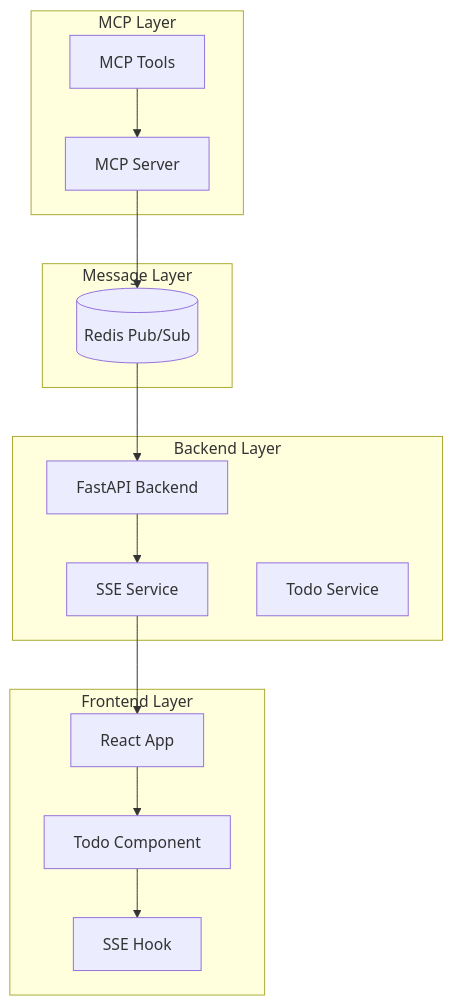
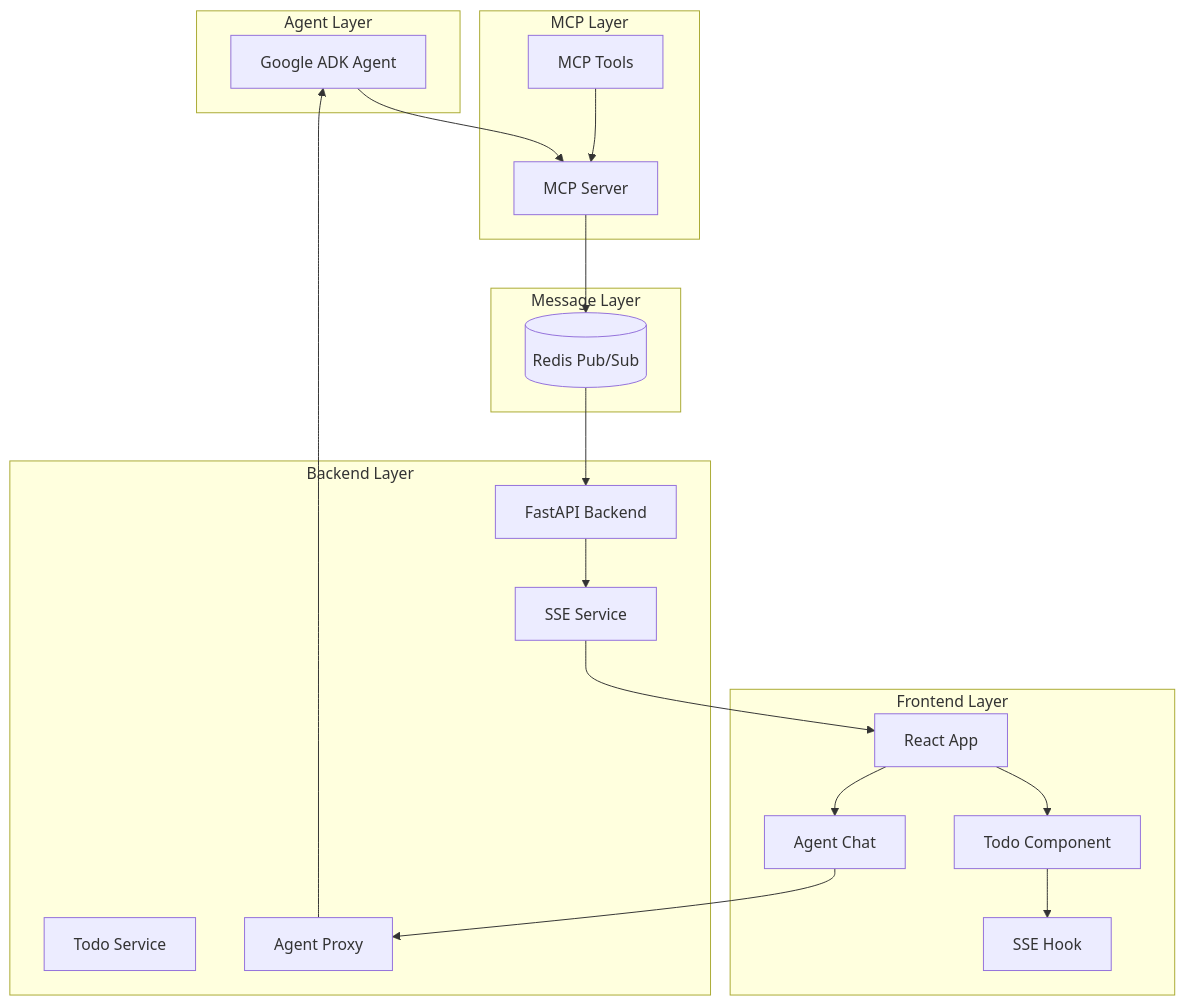
The diagram in ARCHITECTURE.md (dptech-corp/ui-component-mcp-server-demo), drawn with Mermaid before and after one commit. The commit also changed other lines of this file and 2 other files, not shown here.

````diff
--- a/ARCHITECTURE.md
+++ b/ARCHITECTURE.md
@@ -9,31 +9,41 @@
 ```mermaid
 graph TB
+    subgraph "Agent Layer"
+        Agent[Google ADK Agent]
+    end
+    
     subgraph "MCP Layer"
         MCP[MCP Server]
         Tools[MCP Tools]
     end
     
     subgraph "Message Layer"
         Redis[(Redis Pub/Sub)]
     end
     
     subgraph "Backend Layer"
         API[FastAPI Backend]
         SSE[SSE Service]
         TodoService[Todo Service]
+        AgentProxy[Agent Proxy]
     end
     
     subgraph "Frontend Layer"
         React[React App]
         TodoComponent[Todo Component]
+        AgentChat[Agent Chat]
         SSEHook[SSE Hook]
     end
     
+    Agent --> MCP
     Tools --> MCP
     MCP --> Redis
     Redis --> API
     API --> SSE
     SSE --> React
     React --> TodoComponent
+    React --> AgentChat
     TodoComponent --> SSEHook
+    AgentChat --> AgentProxy
+    AgentProxy --> Agent
 ```
````
